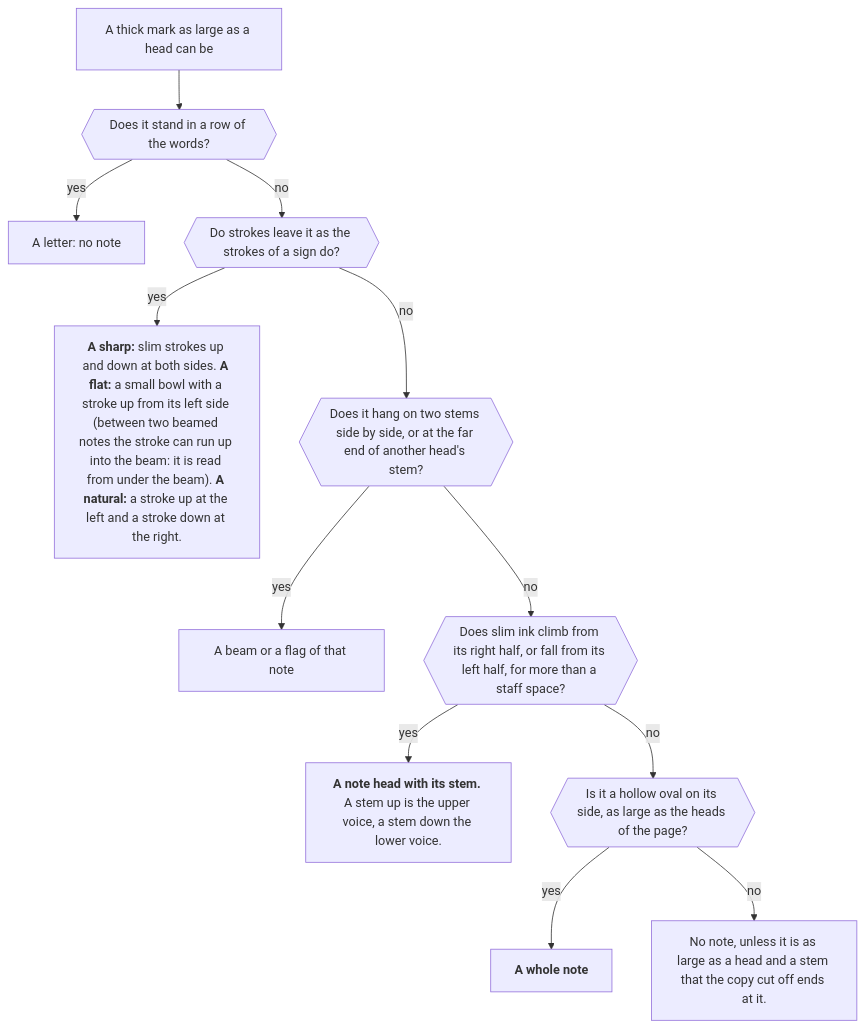
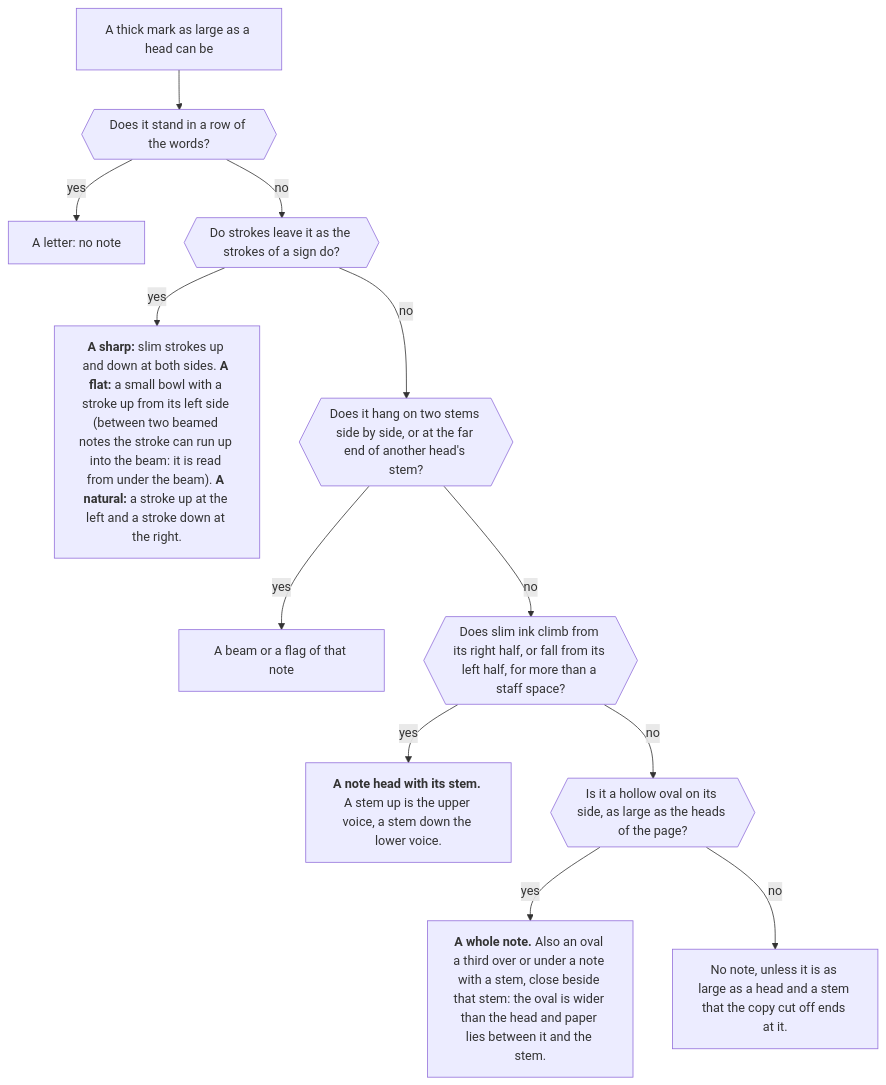
Before and after one commit to sweet-cicero/ScoreReader: the fifth of 12 diagrams in README.md, drawn with Mermaid. The commit also changed other lines of this file and 2 other files, not shown here.

First line of the commit message:
Notes: a flag drawn as a bow, a slur between two stem ends, a whole note beside a stem

````diff
--- a/README.md
+++ b/README.md
@@ -186,14 +186,14 @@
 ```mermaid
 flowchart TD
     mark["A thick mark as large as a head can be"] --> letter{{"Does it stand in a row of the words?"}}
     letter -- "yes" --> no1["A letter: no note"]
     letter -- "no" --> strokes{{"Do strokes leave it as the strokes of a sign do?"}}
     strokes -- "yes" --> sign["<b>A sharp:</b> slim strokes up and down at both sides. <b>A flat:</b> a small bowl with a stroke up from its left side (between two beamed notes the stroke can run up into the beam: it is read from under the beam). <b>A natural:</b> a stroke up at the left and a stroke down at the right."]
     strokes -- "no" --> far{{"Does it hang on two stems side by side, or at the far end of another head's stem?"}}
     far -- "yes" --> tail["A beam or a flag of that note"]
     far -- "no" --> stem{{"Does slim ink climb from its right half, or fall from its left half, for more than a staff space?"}}
     stem -- "yes" --> head["<b>A note head with its stem.</b> A stem up is the upper voice, a stem down the lower voice."]
     stem -- "no" --> oval{{"Is it a hollow oval on its side, as large as the heads of the page?"}}
-    oval -- "yes" --> whole["<b>A whole note</b>"]
+    oval -- "yes" --> whole["<b>A whole note.</b> Also an oval a third over or under a note with a stem, close beside that stem: the oval is wider than the head and paper lies between it and the stem."]
     oval -- "no" --> orphan["No note, unless it is as large as a head and a stem that the copy cut off ends at it."]
 ```
````
